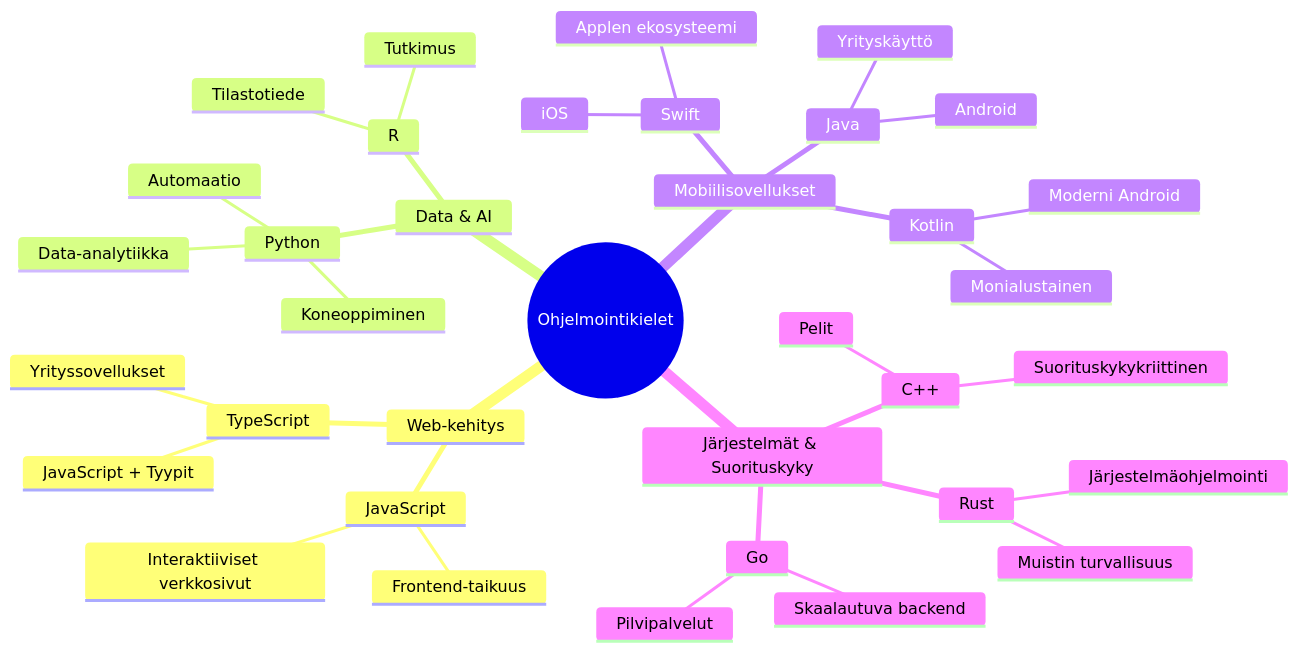
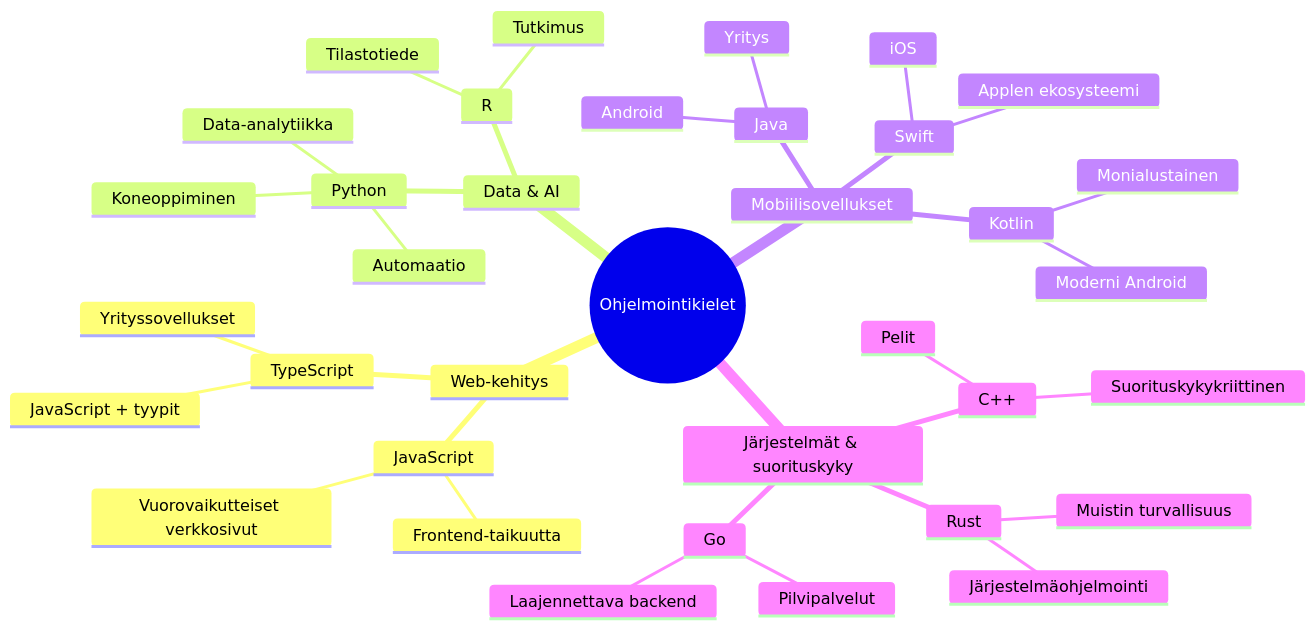
Before and after one commit to microsoft/Web-Dev-For-Beginners: the second of 7 diagrams in translations/fi/1-getting-started-lessons/1-intro-to-programming-languages/README.md, drawn with Mermaid. The commit also changed other lines of this file and 8 other files, not shown here.

````diff
--- a/translations/fi/1-getting-started-lessons/1-intro-to-programming-languages/README.md
+++ b/translations/fi/1-getting-started-lessons/1-intro-to-programming-languages/README.md
@@ -85,39 +85,39 @@
 ```mermaid
 mindmap
   root((Ohjelmointikielet))
     Web-kehitys
       JavaScript
-        Frontend-taikuus
-        Interaktiiviset verkkosivut
+        Frontend-taikuutta
+        Vuorovaikutteiset verkkosivut
       TypeScript
-        JavaScript + Tyypit
+        JavaScript + tyypit
         Yrityssovellukset
     Data & AI
       Python
         Data-analytiikka
         Koneoppiminen
         Automaatio
       R
         Tilastotiede
         Tutkimus
     Mobiilisovellukset
       Java
         Android
-        Yrityskäyttö
+        Yritys
       Swift
         iOS
         Applen ekosysteemi
       Kotlin
         Moderni Android
         Monialustainen
-    Järjestelmät & Suorituskyky
+    Järjestelmät & suorituskyky
       C++
         Pelit
         Suorituskykykriittinen
       Rust
         Muistin turvallisuus
         Järjestelmäohjelmointi
       Go
         Pilvipalvelut
-        Skaalautuva backend
+        Laajennettava backend
 ```
````
